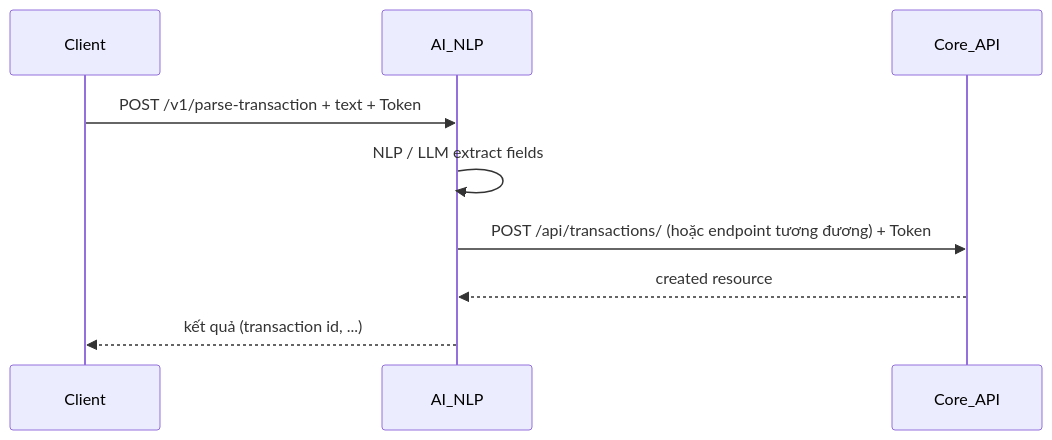
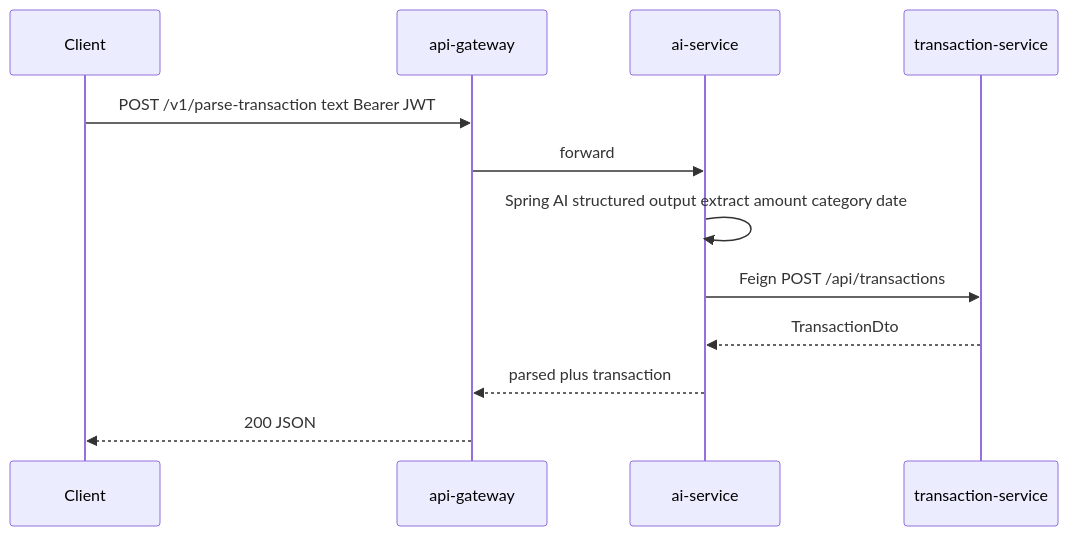
The third of 3 diagrams in finance-microservices/.claude/rules/system-design.md (haolor/Django-Finance-Manager), drawn with Mermaid before and after one commit. The commit also changed other lines of this file and 184 other files, not shown here.

First line of the commit message:
feat: implement transaction service with categories and transactions management

````diff
--- a/finance-microservices/.claude/rules/system-design.md
+++ b/finance-microservices/.claude/rules/system-design.md
@@ -78,11 +101,14 @@
 ```mermaid
 sequenceDiagram
   participant C as Client
-  participant AI as AI_NLP
-  participant Core as Core_API
-  C->>AI: POST /v1/parse-transaction + text + Token
-  AI->>AI: NLP / LLM extract fields
-  AI->>Core: POST /api/transactions/ (hoặc endpoint tương đương) + Token
-  Core-->>AI: created resource
-  AI-->>C: kết quả (transaction id, ...)
+  participant GW as api-gateway
+  participant AI as ai-service
+  participant TX as transaction-service
+  C->>GW: POST /v1/parse-transaction text Bearer JWT
+  GW->>AI: forward
+  AI->>AI: Spring AI structured output extract amount category date
+  AI->>TX: Feign POST /api/transactions
+  TX-->>AI: TransactionDto
+  AI-->>GW: parsed plus transaction
+  GW-->>C: 200 JSON
 ```
````
